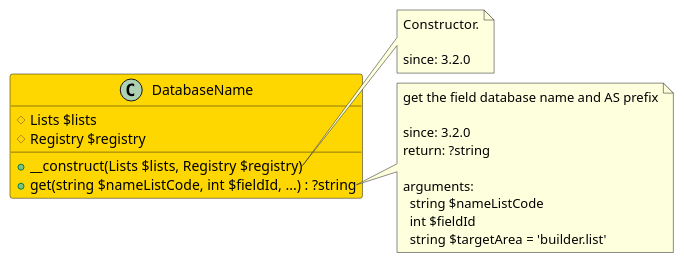
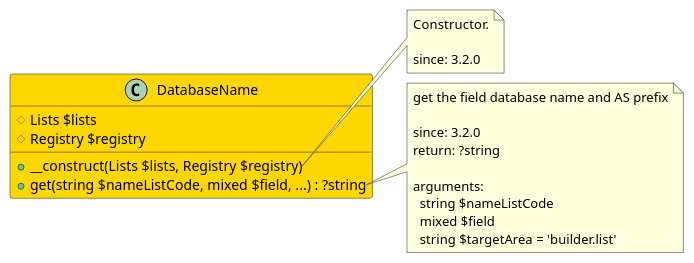
One commit to joomengine/jcb-compiler changed the diagram in src/99368a6f-2f64-4d4e-ad3a-544d4020ecc6/README.md. Above: the diagram before and after it, drawn with PlantUML. The commit also changed 558 other files, not shown here.

````diff
--- a/src/99368a6f-2f64-4d4e-ad3a-544d4020ecc6/README.md
+++ b/src/99368a6f-2f64-4d4e-ad3a-544d4020ecc6/README.md
@@ -12,29 +12,29 @@
 ```uml
 @startuml
 class DatabaseName  #Gold {
   # Lists $lists
   # Registry $registry
   + __construct(Lists $lists, Registry $registry)
-  + get(string $nameListCode, int $fieldId, ...) : ?string
+  + get(string $nameListCode, mixed $field, ...) : ?string
 }
 
 note right of DatabaseName::__construct
   Constructor.
 
   since: 3.2.0
 end note
 
 note right of DatabaseName::get
   get the field database name and AS prefix
 
   since: 3.2.0
   return: ?string
   
   arguments:
     string $nameListCode
-    int $fieldId
+    mixed $field
     string $targetArea = 'builder.list'
 end note
  
 @enduml
 ```
````
